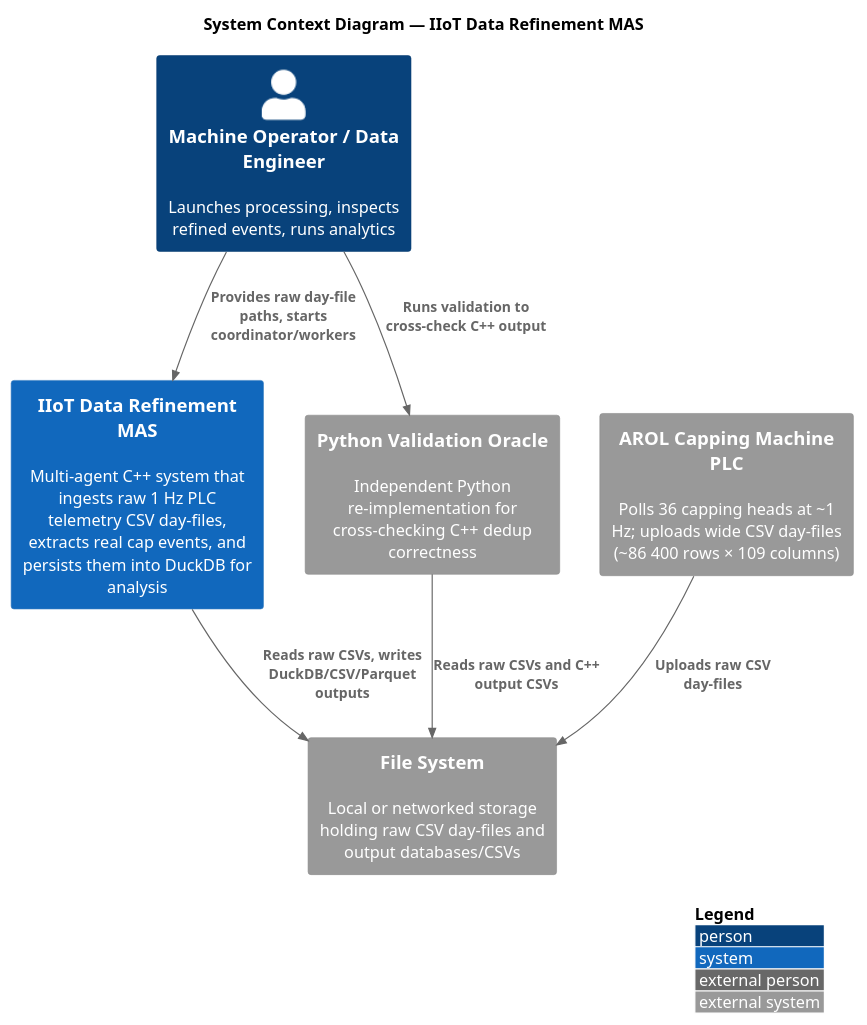
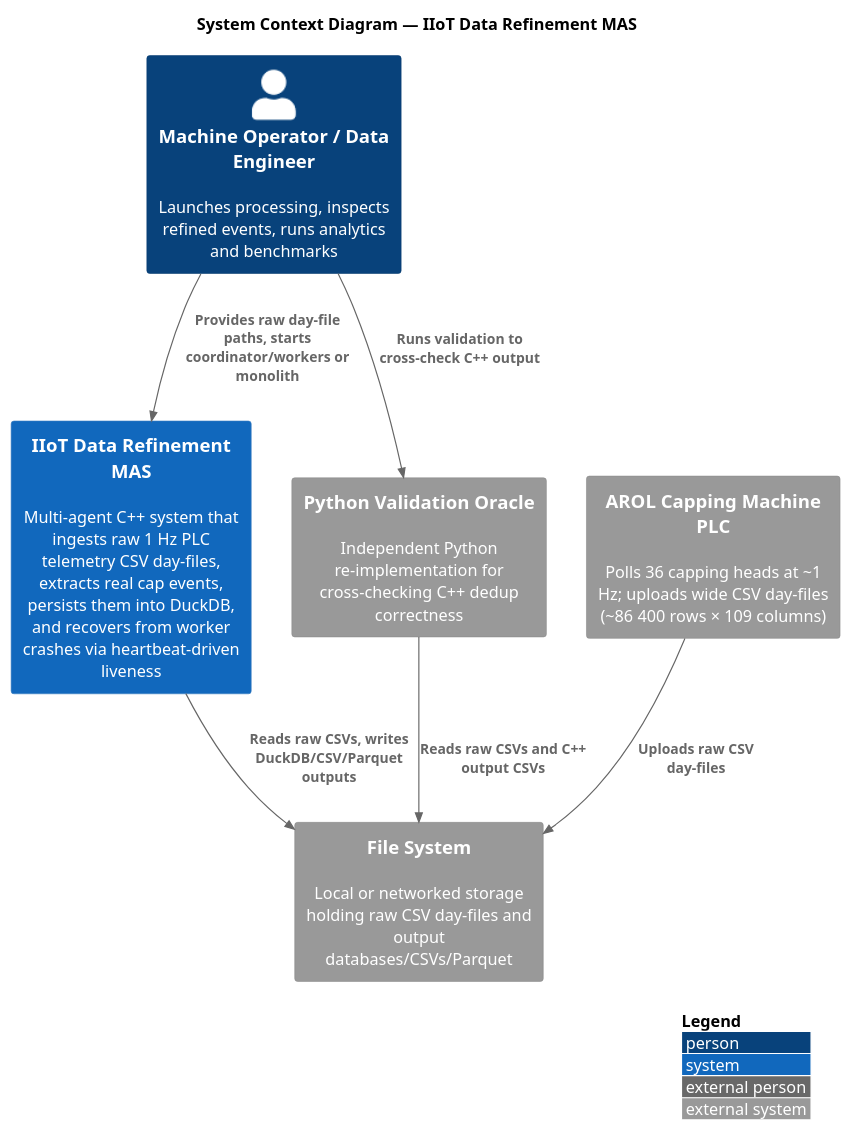
One commit to Giuseppeclv008/QuerProjectQ3 changed the diagram in docs/diagrams/c4-context.puml. Above: the diagram before and after it, drawn with PlantUML. The commit also changed 6 other files, not shown here.

First line of the commit message:
docs: refresh README and C4 diagrams for the 4-layer core, monolith, and resilience work

```diff
--- a/docs/diagrams/c4-context.puml
+++ b/docs/diagrams/c4-context.puml
@@ -1,21 +1,21 @@
 @startuml C4_Context
 !include https://raw.githubusercontent.com/plantuml-stdlib/C4-PlantUML/master/C4_Context.puml
 
 LAYOUT_WITH_LEGEND()
 title System Context Diagram — IIoT Data Refinement MAS
 
-Person(operator, "Machine Operator / Data Engineer", "Launches processing, inspects refined events, runs analytics")
+Person(operator, "Machine Operator / Data Engineer", "Launches processing, inspects refined events, runs analytics and benchmarks")
 
-System(mas, "IIoT Data Refinement MAS", "Multi-agent C++ system that ingests raw 1 Hz PLC telemetry CSV day-files, extracts real cap events, and persists them into DuckDB for analysis")
+System(mas, "IIoT Data Refinement MAS", "Multi-agent C++ system that ingests raw 1 Hz PLC telemetry CSV day-files, extracts real cap events, persists them into DuckDB, and recovers from worker crashes via heartbeat-driven liveness")
 
 System_Ext(plc, "AROL Capping Machine PLC", "Polls 36 capping heads at ~1 Hz; uploads wide CSV day-files (~86 400 rows × 109 columns)")
-System_Ext(fs, "File System", "Local or networked storage holding raw CSV day-files and output databases/CSVs")
+System_Ext(fs, "File System", "Local or networked storage holding raw CSV day-files and output databases/CSVs/Parquet")
 System_Ext(oracle, "Python Validation Oracle", "Independent Python re-implementation for cross-checking C++ dedup correctness")
 
 Rel(plc, fs, "Uploads raw CSV day-files")
-Rel(operator, mas, "Provides raw day-file paths, starts coordinator/workers")
+Rel(operator, mas, "Provides raw day-file paths, starts coordinator/workers or monolith")
 Rel(mas, fs, "Reads raw CSVs, writes DuckDB/CSV/Parquet outputs")
 Rel(operator, oracle, "Runs validation to cross-check C++ output")
 Rel(oracle, fs, "Reads raw CSVs and C++ output CSVs")
 
 @enduml
```
